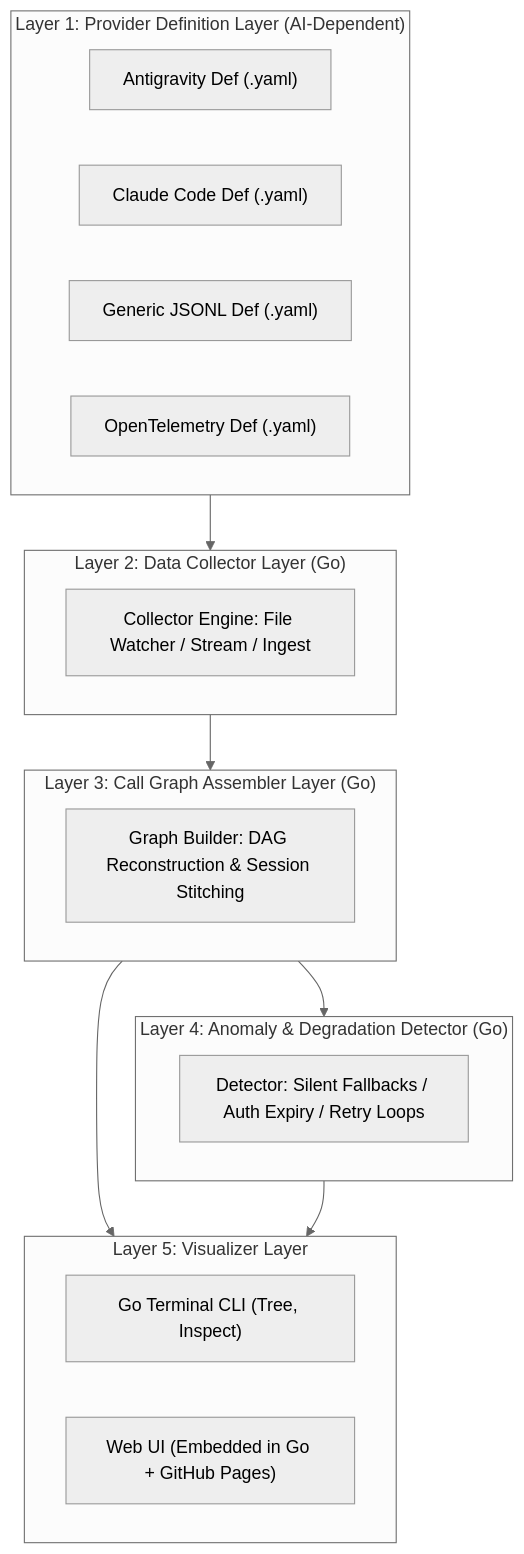
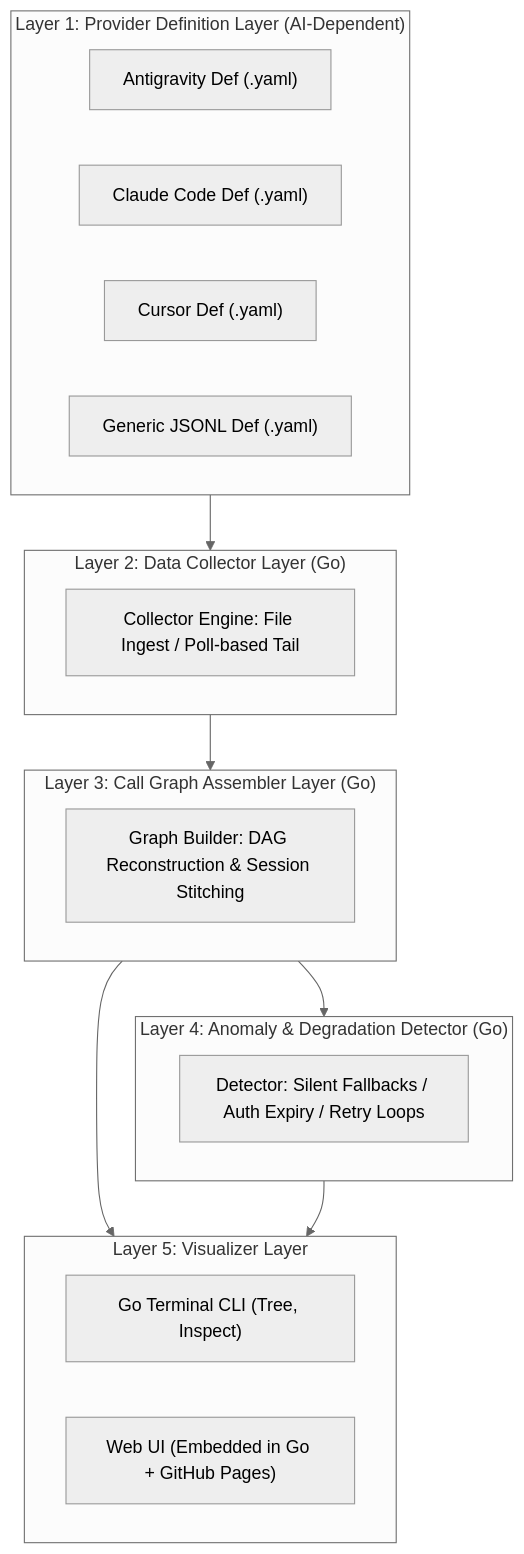
Before and after one commit to tsbkw/agentlens: the diagram in docs/en/SPECIFICATION.md, drawn with Mermaid (neutral theme). The commit also changed other lines of this file and 12 other files, not shown here.

First line of the commit message:
docs: describe what is implemented; fill graph depth and tool time metrics

````diff
--- a/docs/en/SPECIFICATION.md
+++ b/docs/en/SPECIFICATION.md
@@ -32,32 +32,32 @@
 ```mermaid
 flowchart TD
     subgraph Layer1["Layer 1: Provider Definition Layer (AI-Dependent)"]
         P1["Antigravity Def (.yaml)"]
         P2["Claude Code Def (.yaml)"]
-        P3["Generic JSONL Def (.yaml)"]
-        P4["OpenTelemetry Def (.yaml)"]
+        P3["Cursor Def (.yaml)"]
+        P4["Generic JSONL Def (.yaml)"]
     end
 
     subgraph Layer2["Layer 2: Data Collector Layer (Go)"]
-        C["Collector Engine: File Watcher / Stream / Ingest"]
+        C["Collector Engine: File Ingest / Poll-based Tail"]
     end
 
     subgraph Layer3["Layer 3: Call Graph Assembler Layer (Go)"]
         B["Graph Builder: DAG Reconstruction & Session Stitching"]
     end
 
     subgraph Layer4["Layer 4: Anomaly & Degradation Detector (Go)"]
         D["Detector: Silent Fallbacks / Auth Expiry / Retry Loops"]
     end
 
     subgraph Layer5["Layer 5: Visualizer Layer"]
         CLI["Go Terminal CLI (Tree, Inspect)"]
         UI["Web UI (Embedded in Go + GitHub Pages)"]
     end
 
     Layer1 --> Layer2
     Layer2 --> Layer3
     Layer3 --> Layer4
     Layer3 --> Layer5
     Layer4 --> Layer5
 ```
````
